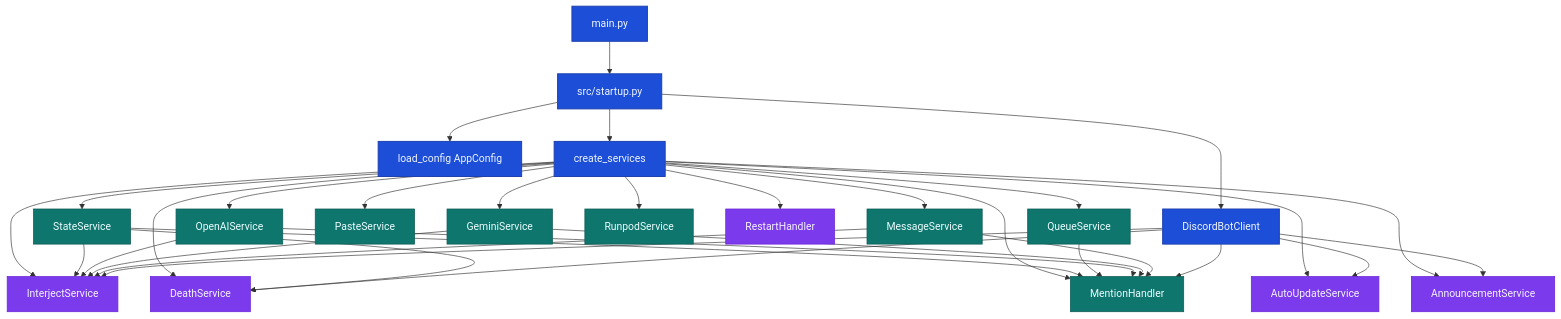
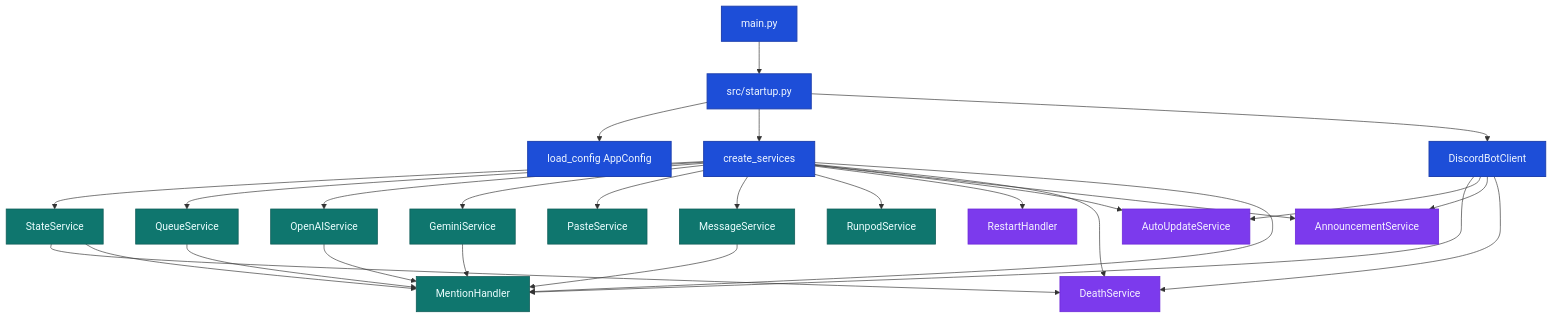
The second of 5 diagrams in docs/architecture.md (jobeus/cmwgpt), drawn with Mermaid before and after one commit. The commit also changed other lines of this file and 21 other files, not shown here.

Commit message:
refactor: remove interject service and associated commands from the codebase

````diff
--- a/docs/architecture.md
+++ b/docs/architecture.md
@@ -95,41 +95,41 @@
 ```mermaid
 flowchart TB
     classDef core fill:#1d4ed8,color:#eff6ff,stroke:#1e40af,stroke-width:1.5px;
     classDef svc fill:#0f766e,color:#ecfeff,stroke:#115e59,stroke-width:1.2px;
     classDef aux fill:#7c3aed,color:#f5f3ff,stroke:#6d28d9,stroke-width:1.2px;
 
     Main[main.py]:::core --> Startup[src/startup.py]:::core
     Startup --> Config[load_config AppConfig]:::core
     Startup --> Factory[create_services]:::core
     Factory --> State[StateService]:::svc
     Factory --> Queue[QueueService]:::svc
     Factory --> OpenAI[OpenAIService]:::svc
     Factory --> Gemini[GeminiService]:::svc
     Factory --> Paste[PasteService]:::svc
     Factory --> Message[MessageService]:::svc
     Factory --> Runpod[RunpodService]:::svc
     Factory --> Restart[RestartHandler]:::aux
     Factory --> AutoUpdate[AutoUpdateService]:::aux
     Factory --> Announce[AnnouncementService]:::aux
-    Factory --> Interject[InterjectService]:::aux
+
     Factory --> Death[DeathService]:::aux
     Factory --> Mention[MentionHandler]:::svc
 
-    State --> Interject
+
     State --> Death
     State --> Mention
     Queue --> Mention
-    OpenAI --> Interject
+
     OpenAI --> Mention
-    Gemini --> Interject
+
     Gemini --> Mention
-    Message --> Interject
+
     Message --> Mention
 
     Startup --> Client[DiscordBotClient]:::core
     Client --> Mention
     Client --> AutoUpdate
     Client --> Announce
-    Client --> Interject
+
     Client --> Death
 ```
````
